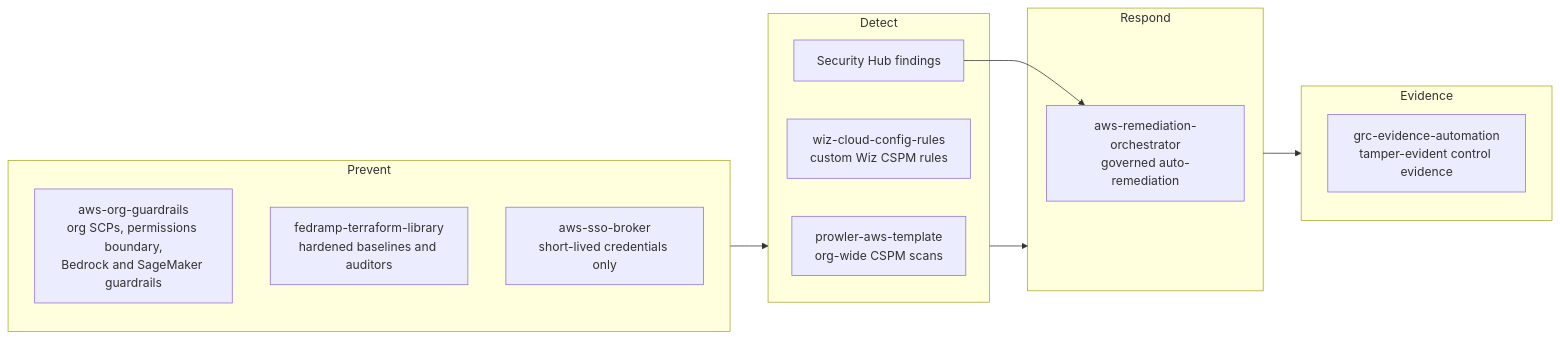
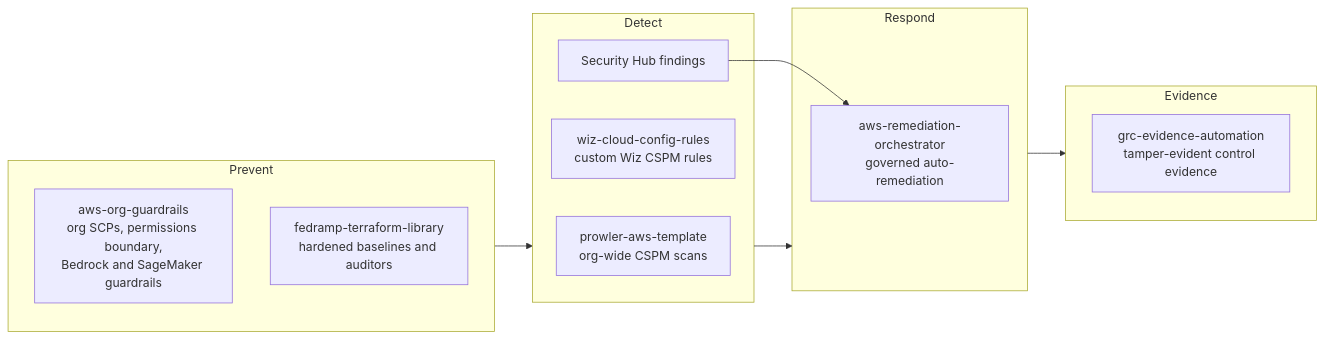
The diagram in README.md (DustyStudy/DustyStudy), drawn with Mermaid before and after one commit. The commit also changed other lines of this file and 2 other files, not shown here.

First line of the commit message:
docs: retire aws-sso-broker (#96)

````diff
--- a/README.md
+++ b/README.md
@@ -27,22 +27,21 @@
 ```mermaid
 flowchart LR
   subgraph prevent["Prevent"]
     org["aws-org-guardrails<br/>org SCPs, permissions boundary,<br/>Bedrock and SageMaker guardrails"]
     lib["fedramp-terraform-library<br/>hardened baselines and auditors"]
-    sso["aws-sso-broker<br/>short-lived credentials only"]
   end
   subgraph detect["Detect"]
     prowler["prowler-aws-template<br/>org-wide CSPM scans"]
     wiz["wiz-cloud-config-rules<br/>custom Wiz CSPM rules"]
     sh["Security Hub findings"]
   end
   subgraph respond["Respond"]
     rem["aws-remediation-orchestrator<br/>governed auto-remediation"]
   end
   subgraph prove["Evidence"]
     grc["grc-evidence-automation<br/>tamper-evident control evidence"]
   end
   prevent --> detect --> respond
   sh --> rem
   respond --> prove
 ```
````
